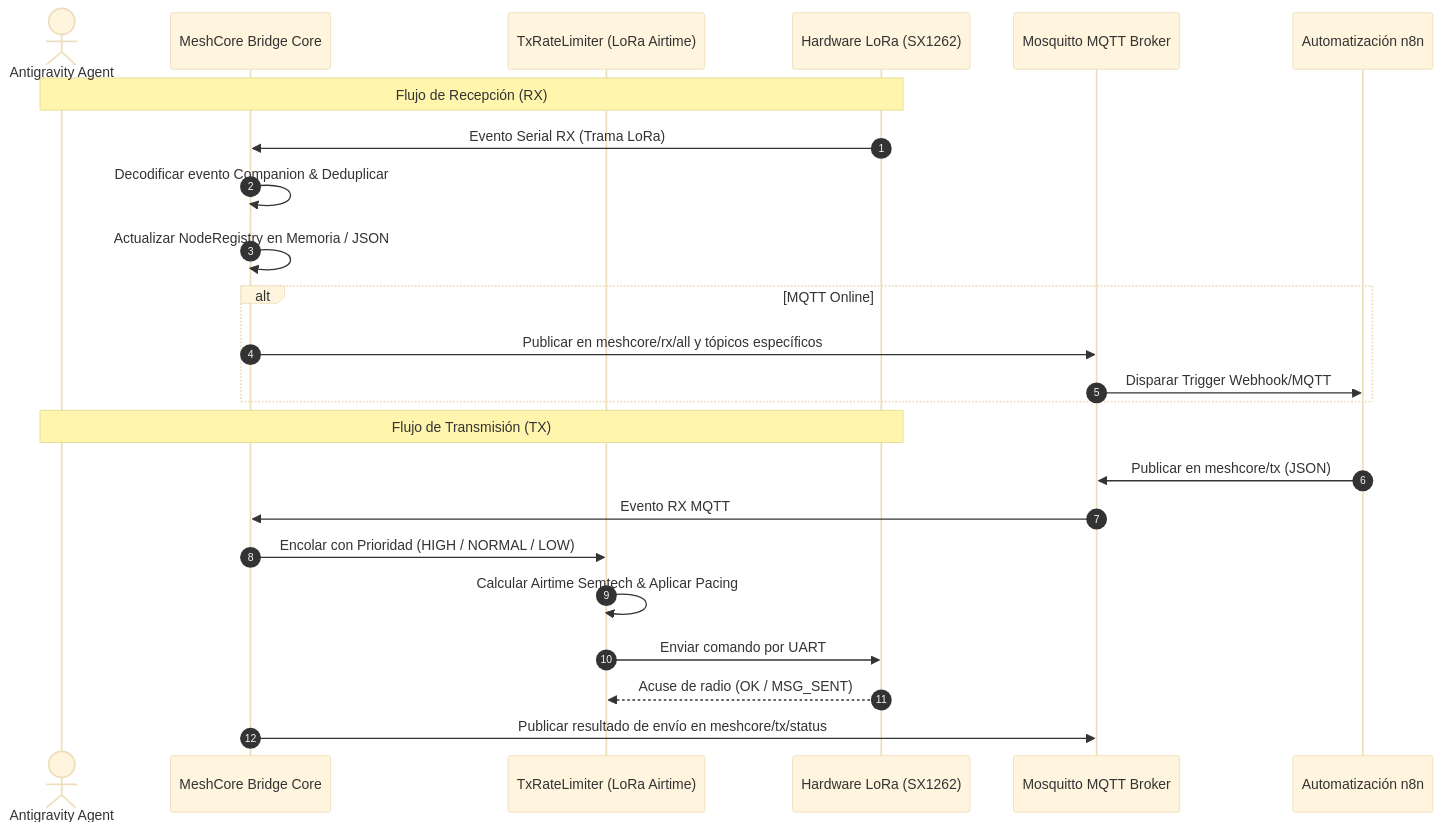
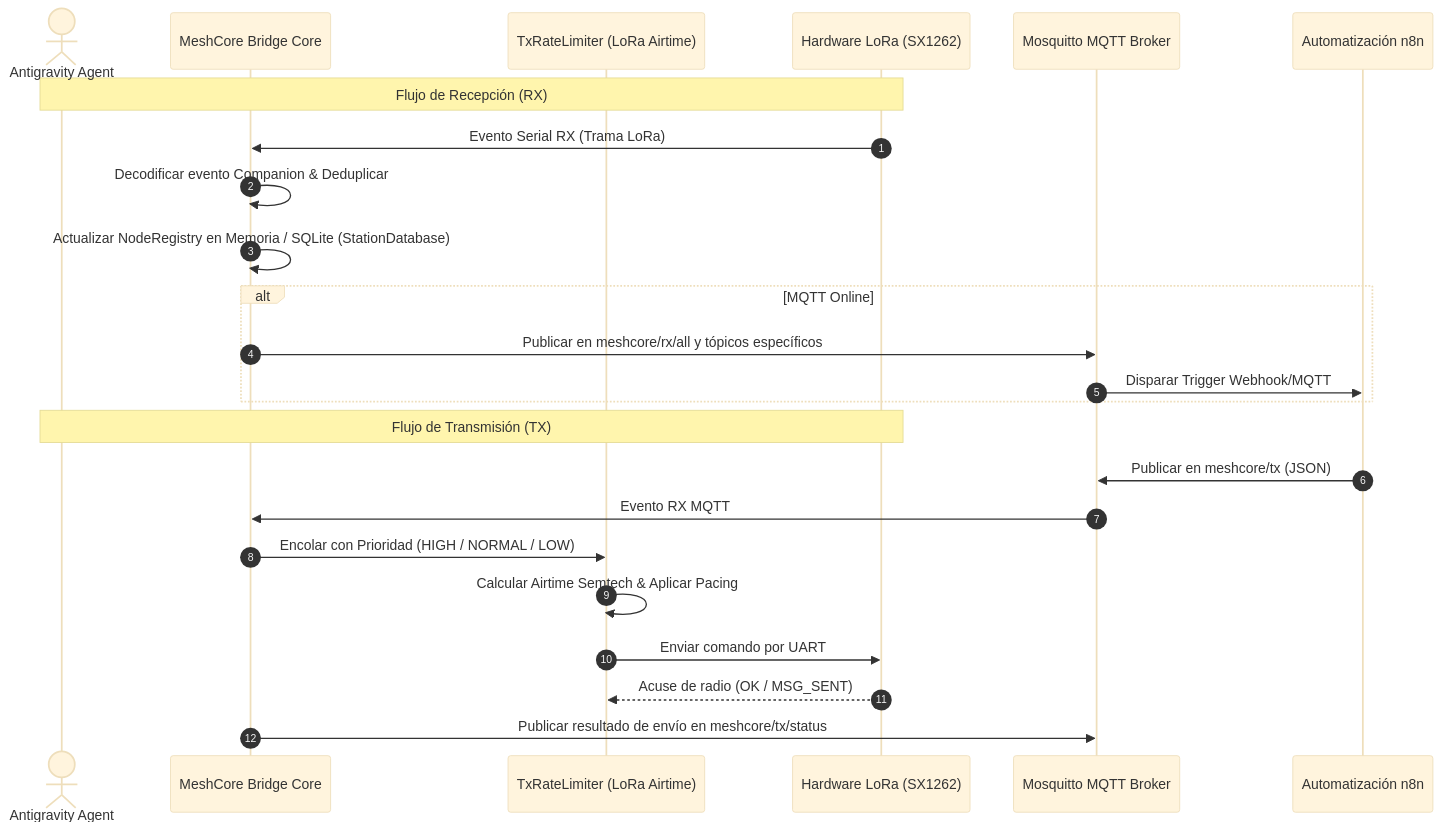
One commit to cyber89/meshcore-bridge-client changed the diagram in docs/reference_analysis/04_INTEGRATION_GUIDE_FOR_AGENTS.md. Above: the diagram before and after it, drawn with Mermaid (base theme). The commit also changed other lines of this file and 4 other files, not shown here.

````diff
--- a/docs/reference_analysis/04_INTEGRATION_GUIDE_FOR_AGENTS.md
+++ b/docs/reference_analysis/04_INTEGRATION_GUIDE_FOR_AGENTS.md
@@ -13,28 +13,28 @@
 ```mermaid
 sequenceDiagram
     autonumber
     actor DevOrAgent as Antigravity Agent
     participant Bridge as MeshCore Bridge Core
     participant RateLimiter as TxRateLimiter (LoRa Airtime)
     participant HW as Hardware LoRa (SX1262)
     participant MQTT as Mosquitto MQTT Broker
     participant N8N as Automatización n8n
 
     Note over DevOrAgent,HW: Flujo de Recepción (RX)
     HW->>Bridge: Evento Serial RX (Trama LoRa)
     Bridge->>Bridge: Decodificar evento Companion & Deduplicar
-    Bridge->>Bridge: Actualizar NodeRegistry en Memoria / JSON
+    Bridge->>Bridge: Actualizar NodeRegistry en Memoria / SQLite (StationDatabase)
     alt MQTT Online
         Bridge->>MQTT: Publicar en meshcore/rx/all y tópicos específicos
         MQTT->>N8N: Disparar Trigger Webhook/MQTT
     end
 
     Note over DevOrAgent,HW: Flujo de Transmisión (TX)
     N8N->>MQTT: Publicar en meshcore/tx (JSON)
     MQTT->>Bridge: Evento RX MQTT
     Bridge->>RateLimiter: Encolar con Prioridad (HIGH / NORMAL / LOW)
     RateLimiter->>RateLimiter: Calcular Airtime Semtech & Aplicar Pacing
     RateLimiter->>HW: Enviar comando por UART
     HW-->>RateLimiter: Acuse de radio (OK / MSG_SENT)
     Bridge->>MQTT: Publicar resultado de envío en meshcore/tx/status
 ```
````
